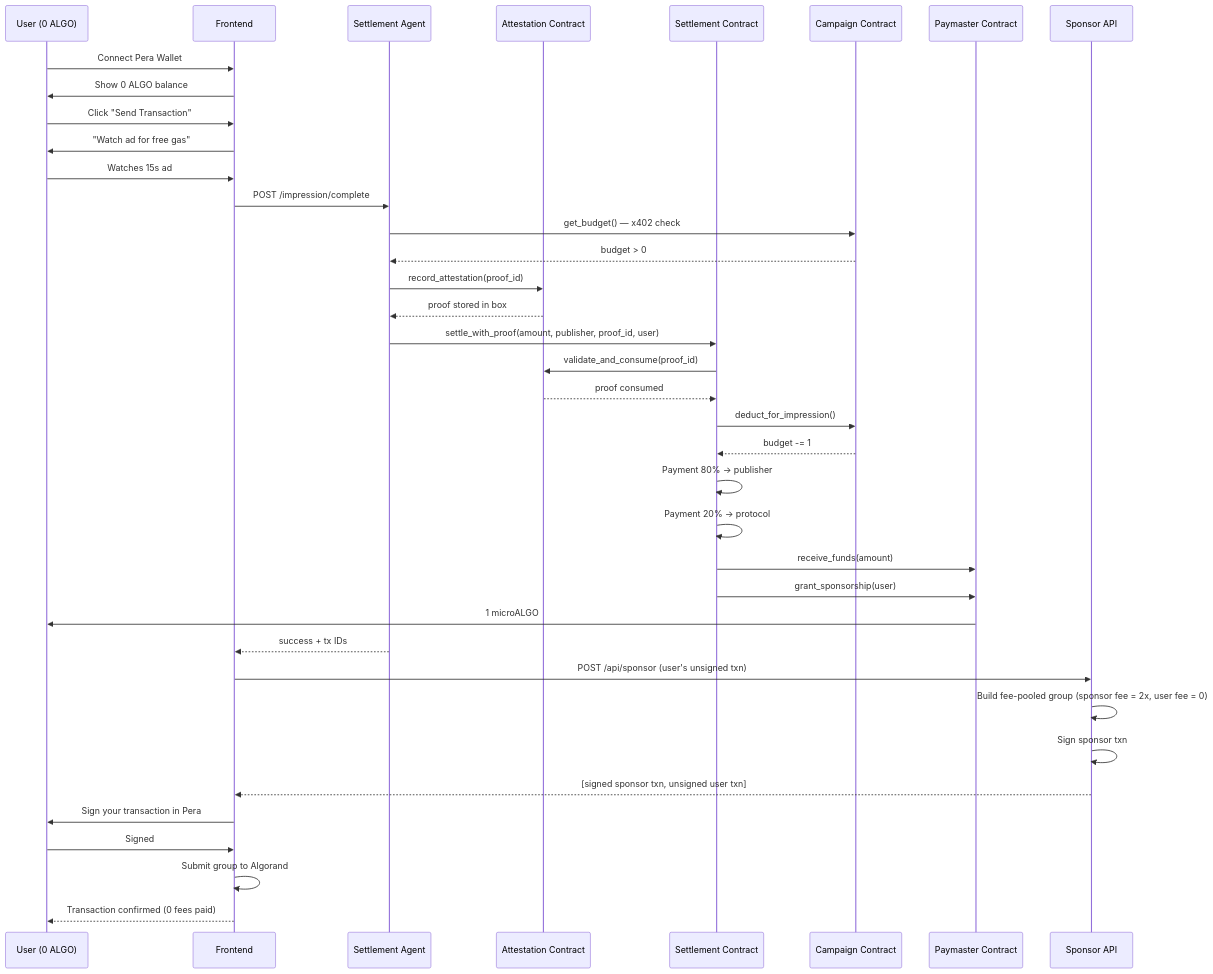
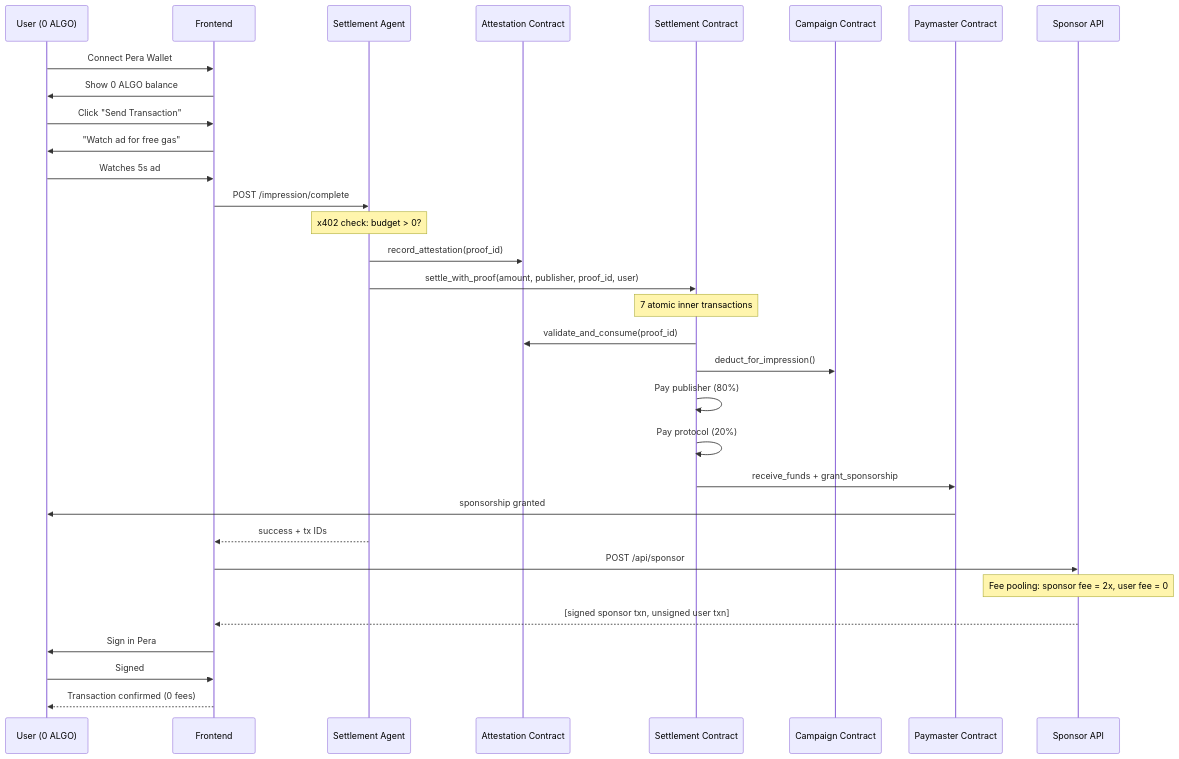
One commit to Shrysxs/algorand-protocol changed the first of 3 diagrams in README.md. Above: the diagram before and after it, drawn with Mermaid. The commit also changed other lines of this file, not shown here.

Commit message:
polish README with full architecture, SDK docs, and demo flow

````diff
--- a/README.md
+++ b/README.md
@@ -7,47 +47,42 @@
 ```mermaid
 sequenceDiagram
     participant U as User (0 ALGO)
     participant FE as Frontend
     participant AG as Settlement Agent
     participant AT as Attestation Contract
     participant ST as Settlement Contract
     participant CM as Campaign Contract
     participant PM as Paymaster Contract
     participant SP as Sponsor API
 
     U->>FE: Connect Pera Wallet
     FE->>U: Show 0 ALGO balance
+
     U->>FE: Click "Send Transaction"
     FE->>U: "Watch ad for free gas"
-    U->>FE: Watches 15s ad
+    U->>FE: Watches 5s ad
 
     FE->>AG: POST /impression/complete
-    AG->>CM: get_budget() — x402 check
-    CM-->>AG: budget > 0
+    Note over AG: x402 check: budget > 0?
 
     AG->>AT: record_attestation(proof_id)
-    AT-->>AG: proof stored in box
+    AG->>ST: settle_with_proof(amount, publisher, proof_id, user)
 
-    AG->>ST: settle_with_proof(amount, publisher, proof_id, user)
+    Note over ST: 7 atomic inner transactions
     ST->>AT: validate_and_consume(proof_id)
-    AT-->>ST: proof consumed
     ST->>CM: deduct_for_impression()
-    CM-->>ST: budget -= 1
-    ST->>ST: Payment 80% → publisher
-    ST->>ST: Payment 20% → protocol
-    ST->>PM: receive_funds(amount)
-    ST->>PM: grant_sponsorship(user)
-    PM->>U: 1 microALGO
+    ST->>ST: Pay publisher (80%)
+    ST->>ST: Pay protocol (20%)
+    ST->>PM: receive_funds + grant_sponsorship
+    PM->>U: sponsorship granted
 
     AG-->>FE: success + tx IDs
 
-    FE->>SP: POST /api/sponsor (user's unsigned txn)
-    SP->>SP: Build fee-pooled group (sponsor fee = 2x, user fee = 0)
-    SP->>SP: Sign sponsor txn
+    FE->>SP: POST /api/sponsor
+    Note over SP: Fee pooling: sponsor fee = 2x, user fee = 0
     SP-->>FE: [signed sponsor txn, unsigned user txn]
 
-    FE->>U: Sign your transaction in Pera
+    FE->>U: Sign in Pera
     U->>FE: Signed
-    FE->>FE: Submit group to Algorand
-    FE-->>U: Transaction confirmed (0 fees paid)
+    FE-->>U: Transaction confirmed (0 fees)
 ```
````
